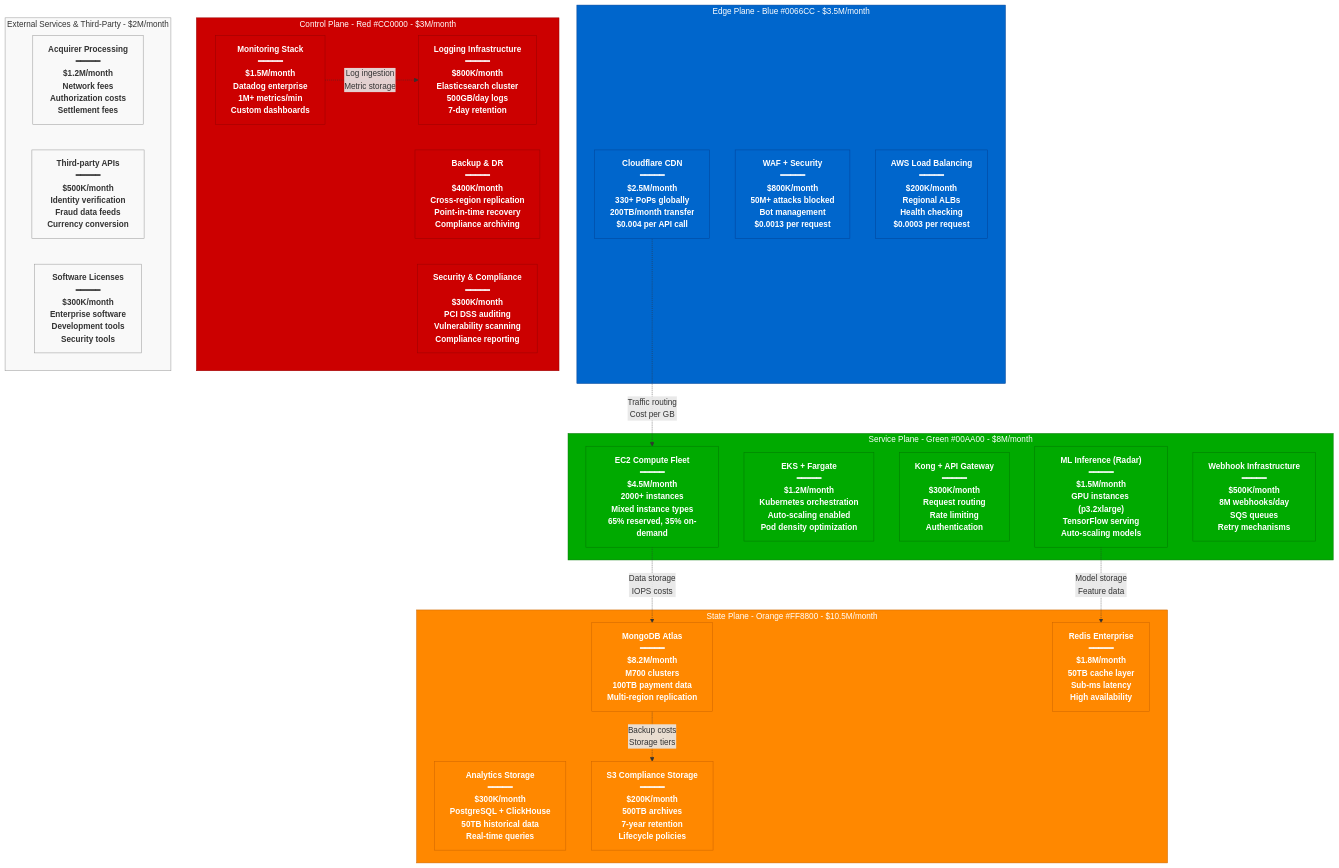
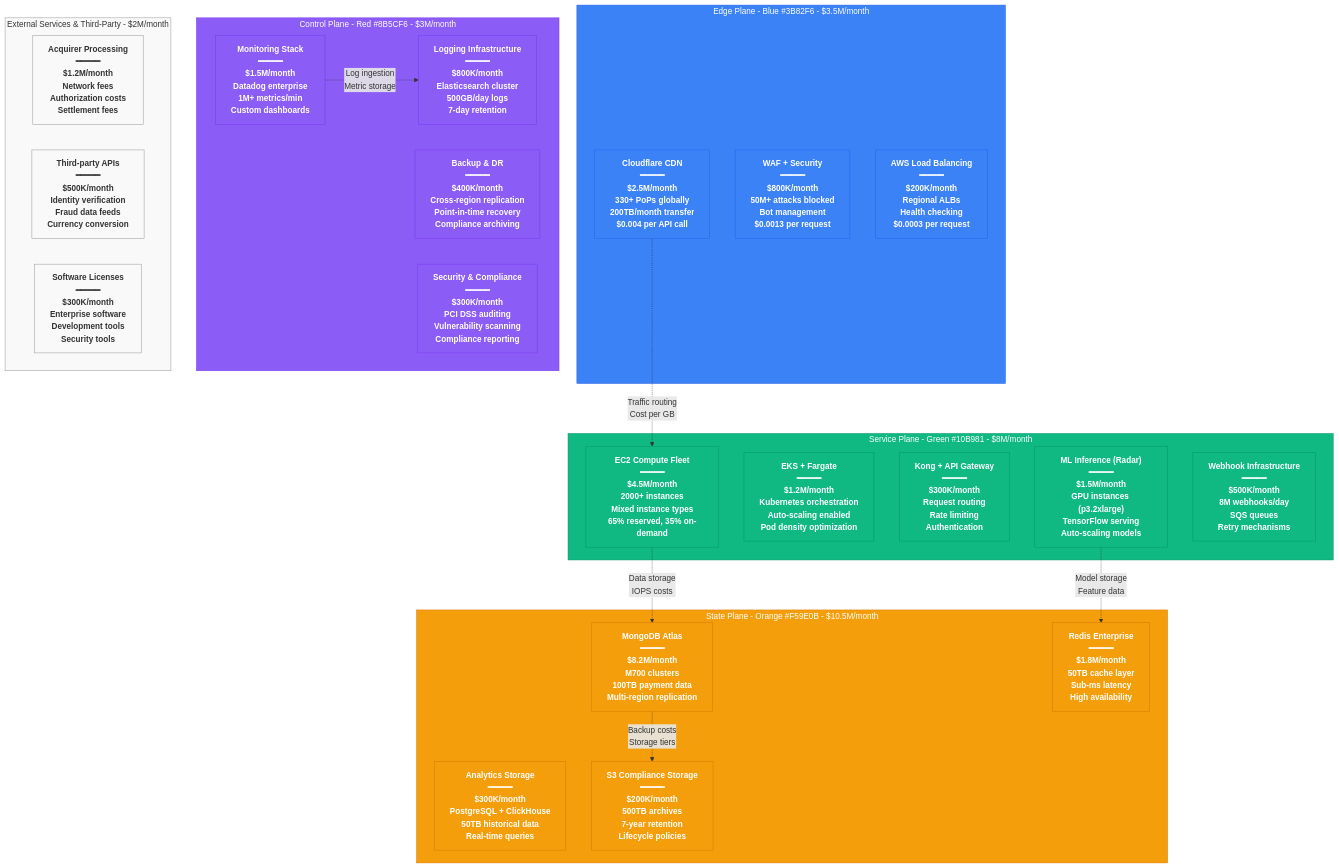
The diagram in site/docs/systems/stripe/cost-breakdown.md (deepaucksharma/DS), drawn with Mermaid before and after one commit. The commit also changed 303 other files, not shown here.

````diff
--- a/site/docs/systems/stripe/cost-breakdown.md
+++ b/site/docs/systems/stripe/cost-breakdown.md
@@ -7,80 +7,80 @@
 ```mermaid
 graph TB
-    subgraph EdgePlane["Edge Plane - Blue #0066CC - $3.5M/month"]
-        style EdgePlane fill:#0066CC,stroke:#004499,color:#fff
+    subgraph EdgePlane["Edge Plane - Blue #3B82F6 - $3.5M/month"]
+        style EdgePlane fill:#3B82F6,stroke:#2563EB,color:#fff
 
         CloudflareCDN["Cloudflare CDN<br/>━━━━━<br/>$2.5M/month<br/>330+ PoPs globally<br/>200TB/month transfer<br/>$0.004 per API call"]
 
         WAFSecurity["WAF + Security<br/>━━━━━<br/>$800K/month<br/>50M+ attacks blocked<br/>Bot management<br/>$0.0013 per request"]
 
         LoadBalancing["AWS Load Balancing<br/>━━━━━<br/>$200K/month<br/>Regional ALBs<br/>Health checking<br/>$0.0003 per request"]
     end
 
-    subgraph ServicePlane["Service Plane - Green #00AA00 - $8M/month"]
-        style ServicePlane fill:#00AA00,stroke:#007700,color:#fff
+    subgraph ServicePlane["Service Plane - Green #10B981 - $8M/month"]
+        style ServicePlane fill:#10B981,stroke:#059669,color:#fff
 
         ComputeInstances["EC2 Compute Fleet<br/>━━━━━<br/>$4.5M/month<br/>2000+ instances<br/>Mixed instance types<br/>65% reserved, 35% on-demand"]
 
         ContainerOrch["EKS + Fargate<br/>━━━━━<br/>$1.2M/month<br/>Kubernetes orchestration<br/>Auto-scaling enabled<br/>Pod density optimization"]
 
         APIGateway["Kong + API Gateway<br/>━━━━━<br/>$300K/month<br/>Request routing<br/>Rate limiting<br/>Authentication"]
 
         MLInference["ML Inference (Radar)<br/>━━━━━<br/>$1.5M/month<br/>GPU instances (p3.2xlarge)<br/>TensorFlow serving<br/>Auto-scaling models"]
 
         WebhookService["Webhook Infrastructure<br/>━━━━━<br/>$500K/month<br/>8M webhooks/day<br/>SQS queues<br/>Retry mechanisms"]
     end
 
-    subgraph StatePlane["State Plane - Orange #FF8800 - $10.5M/month"]
-        style StatePlane fill:#FF8800,stroke:#CC6600,color:#fff
+    subgraph StatePlane["State Plane - Orange #F59E0B - $10.5M/month"]
+        style StatePlane fill:#F59E0B,stroke:#D97706,color:#fff
 
         MongoDBAtlas["MongoDB Atlas<br/>━━━━━<br/>$8.2M/month<br/>M700 clusters<br/>100TB payment data<br/>Multi-region replication"]
 
         RedisEnterprise["Redis Enterprise<br/>━━━━━<br/>$1.8M/month<br/>50TB cache layer<br/>Sub-ms latency<br/>High availability"]
 
         AnalyticsDB["Analytics Storage<br/>━━━━━<br/>$300K/month<br/>PostgreSQL + ClickHouse<br/>50TB historical data<br/>Real-time queries"]
 
         S3Storage["S3 Compliance Storage<br/>━━━━━<br/>$200K/month<br/>500TB archives<br/>7-year retention<br/>Lifecycle policies"]
     end
 
-    subgraph ControlPlane["Control Plane - Red #CC0000 - $3M/month"]
-        style ControlPlane fill:#CC0000,stroke:#990000,color:#fff
+    subgraph ControlPlane["Control Plane - Red #8B5CF6 - $3M/month"]
+        style ControlPlane fill:#8B5CF6,stroke:#7C3AED,color:#fff
 
         Monitoring["Monitoring Stack<br/>━━━━━<br/>$1.5M/month<br/>Datadog enterprise<br/>1M+ metrics/min<br/>Custom dashboards"]
 
         LoggingELK["Logging Infrastructure<br/>━━━━━<br/>$800K/month<br/>Elasticsearch cluster<br/>500GB/day logs<br/>7-day retention"]
 
         BackupDR["Backup & DR<br/>━━━━━<br/>$400K/month<br/>Cross-region replication<br/>Point-in-time recovery<br/>Compliance archiving"]
 
         SecurityCompliance["Security & Compliance<br/>━━━━━<br/>$300K/month<br/>PCI DSS auditing<br/>Vulnerability scanning<br/>Compliance reporting"]
     end
 
     subgraph ExternalCosts["External Services & Third-Party - $2M/month"]
         style ExternalCosts fill:#f9f9f9,stroke:#999,color:#333
 
         AcquirerFees["Acquirer Processing<br/>━━━━━<br/>$1.2M/month<br/>Network fees<br/>Authorization costs<br/>Settlement fees"]
 
         ThirdPartyAPIs["Third-party APIs<br/>━━━━━<br/>$500K/month<br/>Identity verification<br/>Fraud data feeds<br/>Currency conversion"]
 
         SoftwareLicenses["Software Licenses<br/>━━━━━<br/>$300K/month<br/>Enterprise software<br/>Development tools<br/>Security tools"]
     end
 
     %% Cost flow connections
     CloudflareCDN -.->|"Traffic routing<br/>Cost per GB"| ComputeInstances
     ComputeInstances -.->|"Data storage<br/>IOPS costs"| MongoDBAtlas
     MLInference -.->|"Model storage<br/>Feature data"| RedisEnterprise
     MongoDBAtlas -.->|"Backup costs<br/>Storage tiers"| S3Storage
     Monitoring -.->|"Log ingestion<br/>Metric storage"| LoggingELK
 
     %% Apply standard colors
-    classDef edgeStyle fill:#0066CC,stroke:#004499,color:#fff,font-weight:bold
-    classDef serviceStyle fill:#00AA00,stroke:#007700,color:#fff,font-weight:bold
-    classDef stateStyle fill:#FF8800,stroke:#CC6600,color:#fff,font-weight:bold
-    classDef controlStyle fill:#CC0000,stroke:#990000,color:#fff,font-weight:bold
+    classDef edgeStyle fill:#3B82F6,stroke:#2563EB,color:#fff,font-weight:bold
+    classDef serviceStyle fill:#10B981,stroke:#059669,color:#fff,font-weight:bold
+    classDef stateStyle fill:#F59E0B,stroke:#D97706,color:#fff,font-weight:bold
+    classDef controlStyle fill:#8B5CF6,stroke:#7C3AED,color:#fff,font-weight:bold
     classDef externalStyle fill:#f9f9f9,stroke:#999,color:#333,font-weight:bold
 
     class CloudflareCDN,WAFSecurity,LoadBalancing edgeStyle
     class ComputeInstances,ContainerOrch,APIGateway,MLInference,WebhookService serviceStyle
     class MongoDBAtlas,RedisEnterprise,AnalyticsDB,S3Storage stateStyle
     class Monitoring,LoggingELK,BackupDR,SecurityCompliance controlStyle
     class AcquirerFees,ThirdPartyAPIs,SoftwareLicenses externalStyle
 ```
````
